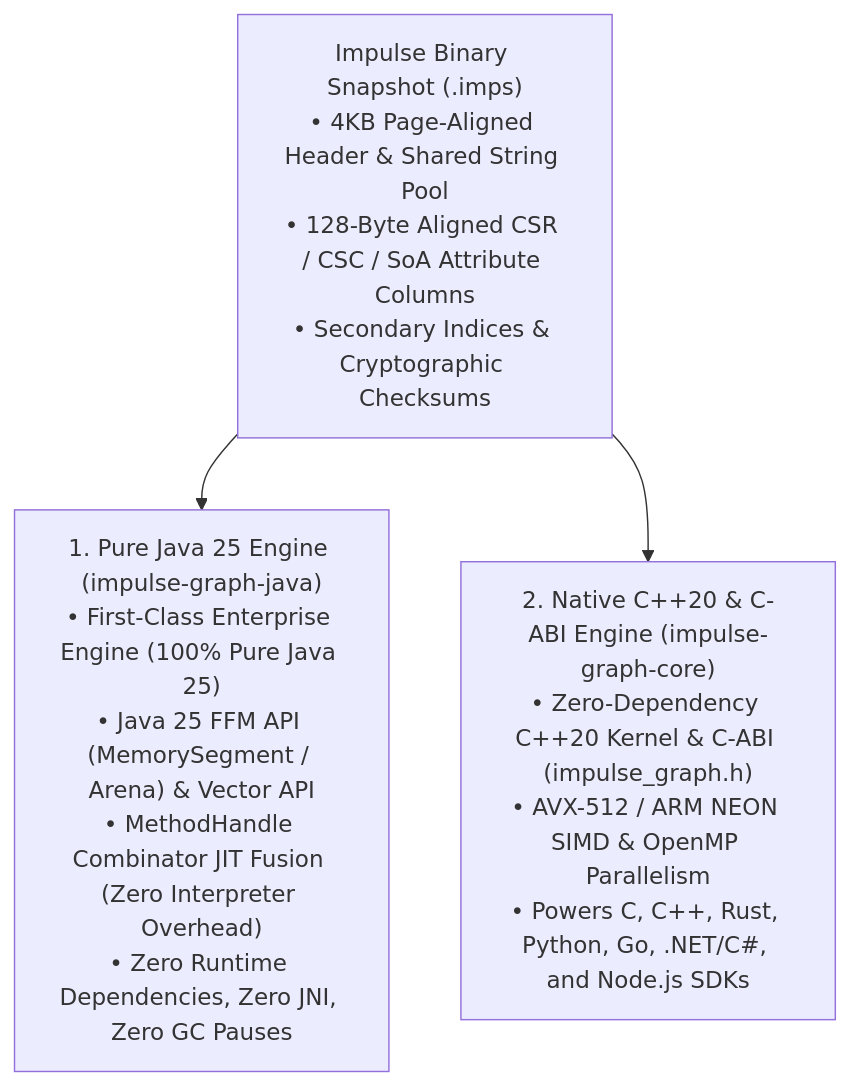
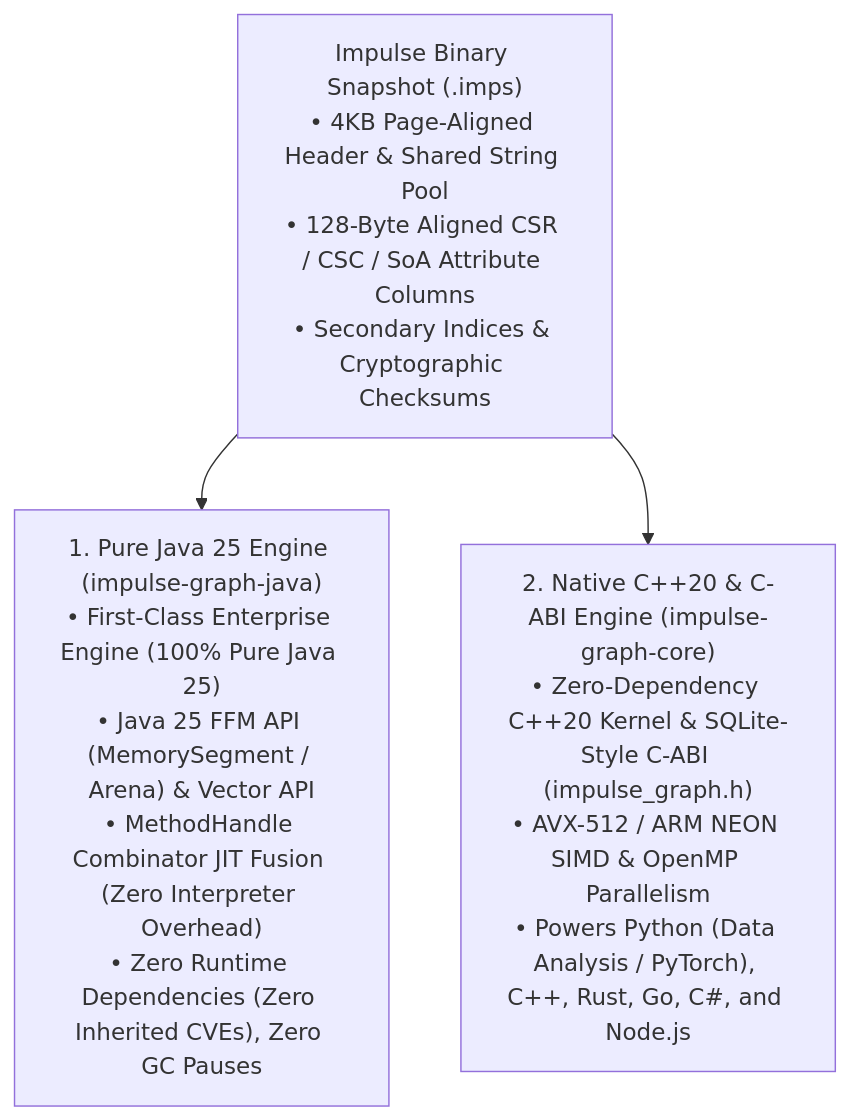
Before and after one commit to impulse-graph/impulse-website: the diagram in docs/index.md, drawn with Mermaid. The commit also changed other lines of this file and 73 other files, not shown here.

````diff
--- a/docs/index.md
+++ b/docs/index.md
@@ -30,7 +39,7 @@
 ```mermaid
 flowchart TD
     IMPS["Impulse Binary Snapshot (.imps)\n• 4KB Page-Aligned Header & Shared String Pool\n• 128-Byte Aligned CSR / CSC / SoA Attribute Columns\n• Secondary Indices & Cryptographic Checksums"]
 
-    IMPS --> JAVA["1. Pure Java 25 Engine (impulse-graph-java)\n• First-Class Enterprise Engine (100% Pure Java 25)\n• Java 25 FFM API (MemorySegment / Arena) & Vector API\n• MethodHandle Combinator JIT Fusion (Zero Interpreter Overhead)\n• Zero Runtime Dependencies, Zero JNI, Zero GC Pauses"]
-    IMPS --> CABI["2. Native C++20 & C-ABI Engine (impulse-graph-core)\n• Zero-Dependency C++20 Kernel & C-ABI (impulse_graph.h)\n• AVX-512 / ARM NEON SIMD & OpenMP Parallelism\n• Powers C, C++, Rust, Python, Go, .NET/C#, and Node.js SDKs"]
+    IMPS --> JAVA["1. Pure Java 25 Engine (impulse-graph-java)\n• First-Class Enterprise Engine (100% Pure Java 25)\n• Java 25 FFM API (MemorySegment / Arena) & Vector API\n• MethodHandle Combinator JIT Fusion (Zero Interpreter Overhead)\n• Zero Runtime Dependencies (Zero Inherited CVEs), Zero GC Pauses"]
+    IMPS --> CABI["2. Native C++20 & C-ABI Engine (impulse-graph-core)\n• Zero-Dependency C++20 Kernel & SQLite-Style C-ABI (impulse_graph.h)\n• AVX-512 / ARM NEON SIMD & OpenMP Parallelism\n• Powers Python (Data Analysis / PyTorch), C++, Rust, Go, C#, and Node.js"]
 ```
````
